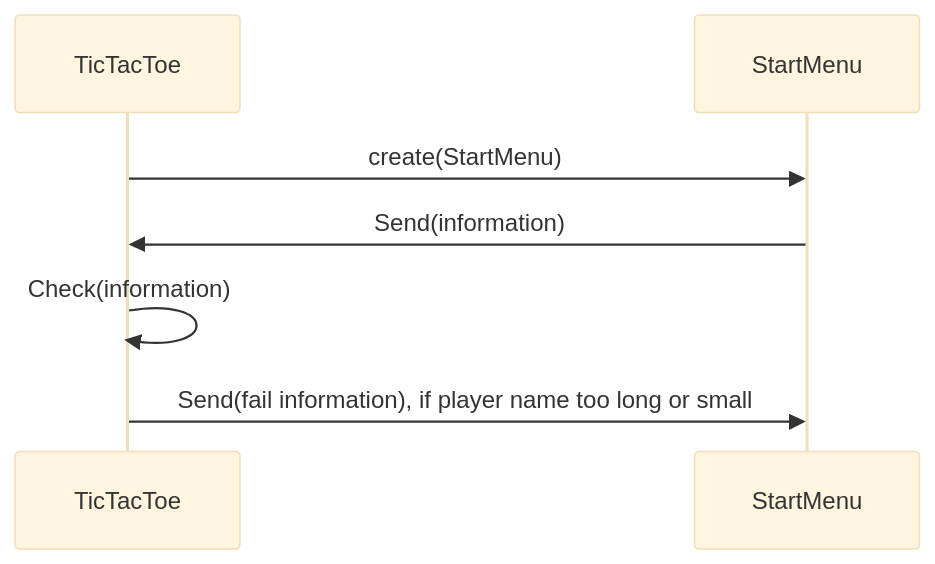
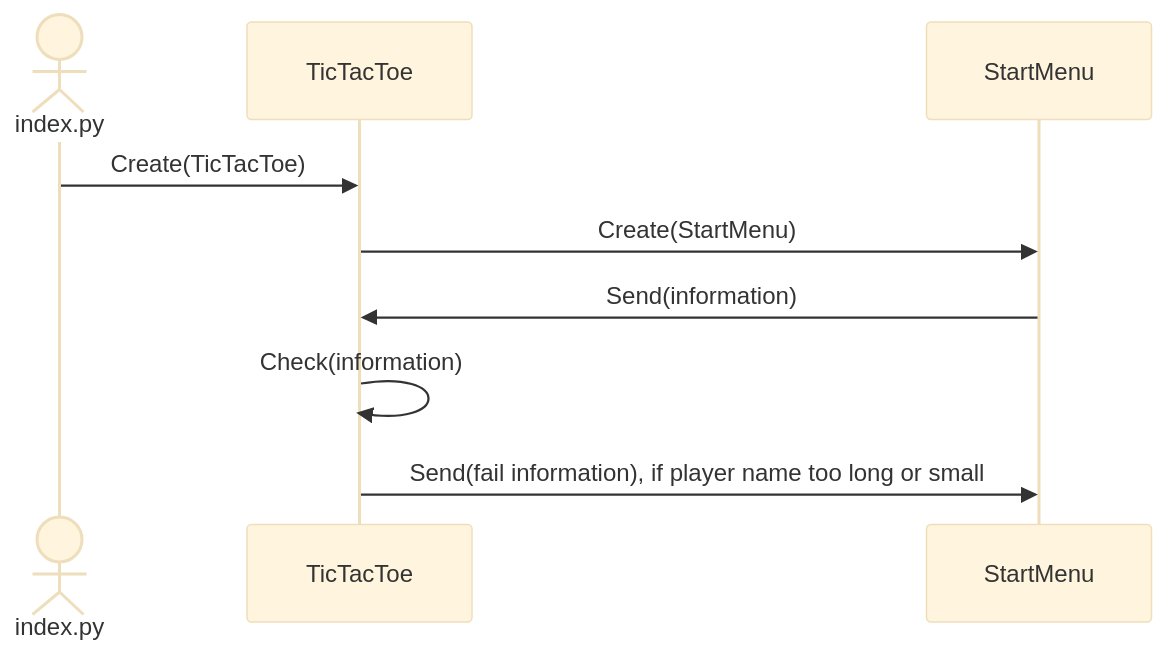
One commit to TatuSorjonen/ot-harjoitustyo changed the second of 2 diagrams in maarittelydokumentti/arkkitehtuuri.md. Above: the diagram before and after it, drawn with Mermaid (base theme).

````diff
--- a/maarittelydokumentti/arkkitehtuuri.md
+++ b/maarittelydokumentti/arkkitehtuuri.md
@@ -92,9 +92,11 @@
 ```mermaid
 sequenceDiagram
+  actor index.py
   participant TicTacToe
   participant StartMenu
-  TicTacToe->> StartMenu: create(StartMenu)
+  index.py->> TicTacToe: Create(TicTacToe)
+  TicTacToe->> StartMenu: Create(StartMenu)
   StartMenu->> TicTacToe: Send(information)
   TicTacToe->> TicTacToe: Check(information)
   TicTacToe->> StartMenu: Send(fail information), if player name too long or small
 ```
````
